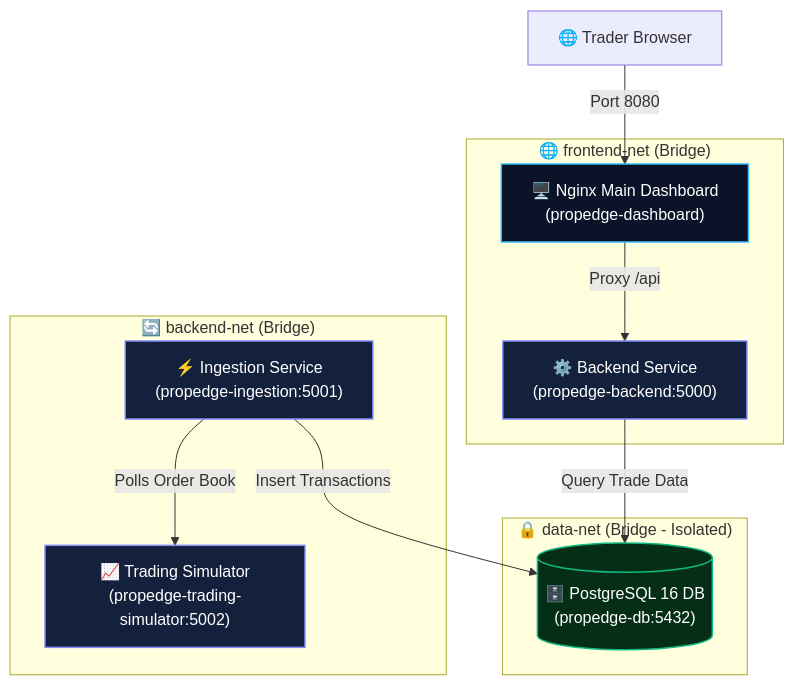
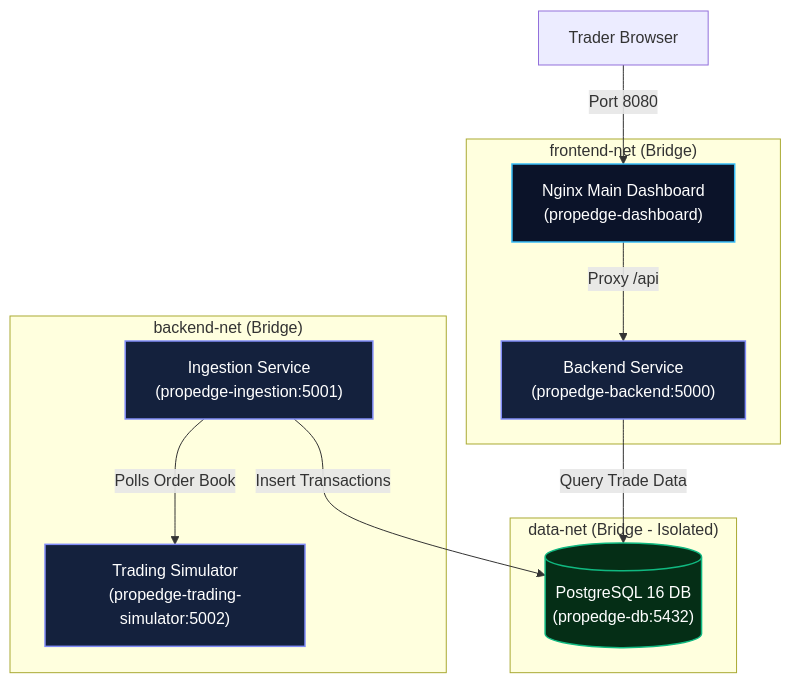
The diagram in README.md (sanjiivsingh/propedge-docker-lab), drawn with Mermaid before and after one commit. The commit also changed other lines of this file, not shown here.

Commit message:
docs: optimize README mermaid linebreaks, badges, and consultant author section

````diff
--- a/README.md
+++ b/README.md
@@ -32,26 +33,26 @@
 ```mermaid
 flowchart TD
-    Client["🌐 Trader Browser"] -->|Port 8080| Dashboard["🖥️ Nginx Main Dashboard\n(propedge-dashboard)"]
+    Client["Trader Browser"] -->|Port 8080| Dashboard["Nginx Main Dashboard<br/>(propedge-dashboard)"]
 
-    subgraph FrontendNet["🌐 frontend-net (Bridge)"]
-        Dashboard -->|Proxy /api| Backend["⚙️ Backend Service\n(propedge-backend:5000)"]
+    subgraph FrontendNet["frontend-net (Bridge)"]
+        Dashboard -->|Proxy /api| Backend["Backend Service<br/>(propedge-backend:5000)"]
     end
 
-    subgraph BackendNet["🔄 backend-net (Bridge)"]
-        Simulator["📈 Trading Simulator\n(propedge-trading-simulator:5002)"]
-        Ingestion["⚡ Ingestion Service\n(propedge-ingestion:5001)"]
+    subgraph BackendNet["backend-net (Bridge)"]
+        Simulator["Trading Simulator<br/>(propedge-trading-simulator:5002)"]
+        Ingestion["Ingestion Service<br/>(propedge-ingestion:5001)"]
         Ingestion -->|Polls Order Book| Simulator
     end
 
-    subgraph DataNet["🔒 data-net (Bridge - Isolated)"]
-        Backend -->|Query Trade Data| DB[("🗄️ PostgreSQL 16 DB\n(propedge-db:5432)")]
+    subgraph DataNet["data-net (Bridge - Isolated)"]
+        Backend -->|Query Trade Data| DB[("PostgreSQL 16 DB<br/>(propedge-db:5432)")]
         Ingestion -->|Insert Transactions| DB
     end
 
     classDef pub fill:#0b1329,stroke:#38bdf8,stroke-width:1.5px,color:#fff;
     classDef mid fill:#14213d,stroke:#818cf8,stroke-width:1.5px,color:#fff;
     classDef secure fill:#052e16,stroke:#10b981,stroke-width:1.5px,color:#fff;
     class Dashboard pub;
     class Backend,Simulator,Ingestion mid;
     class DB secure;
 ```
````
